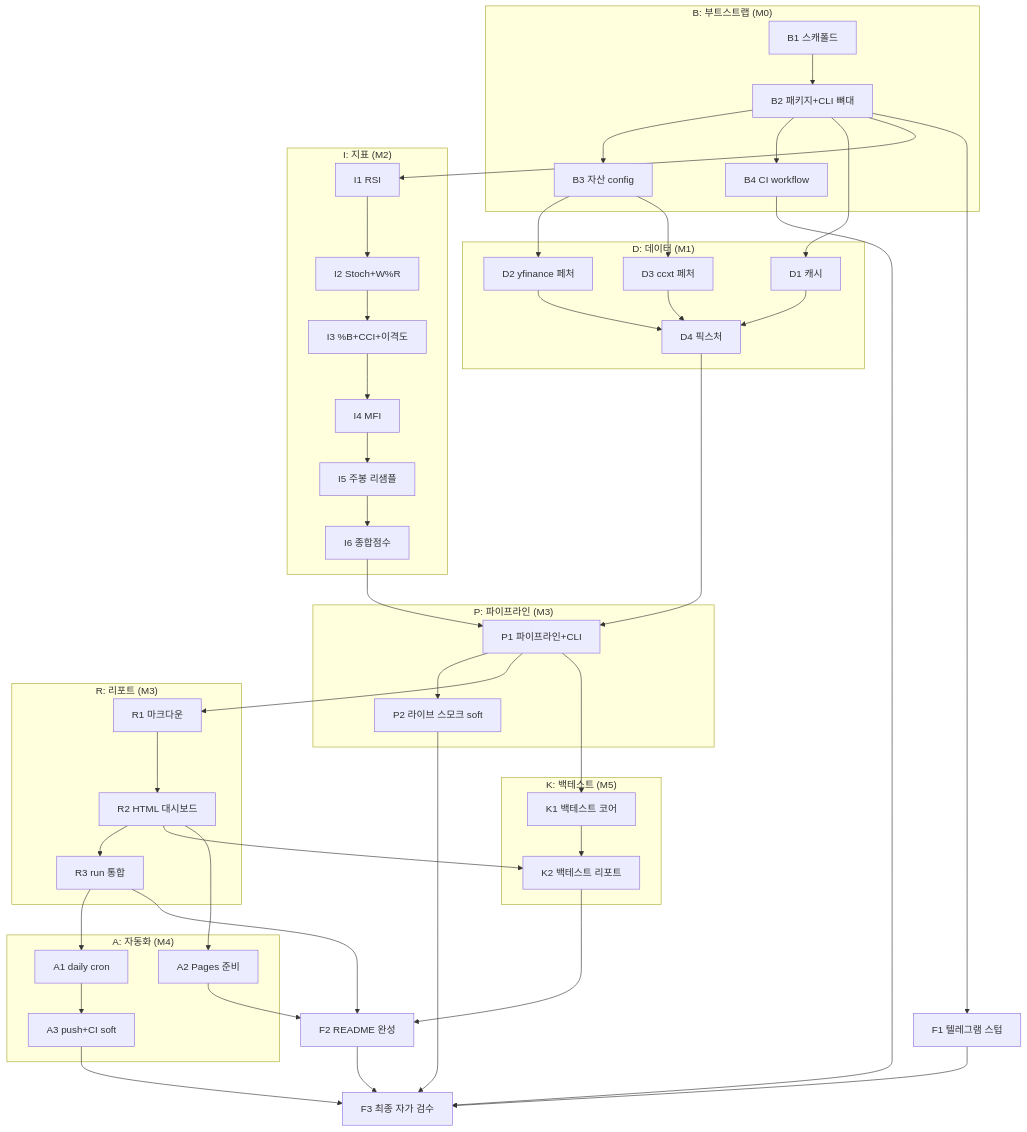
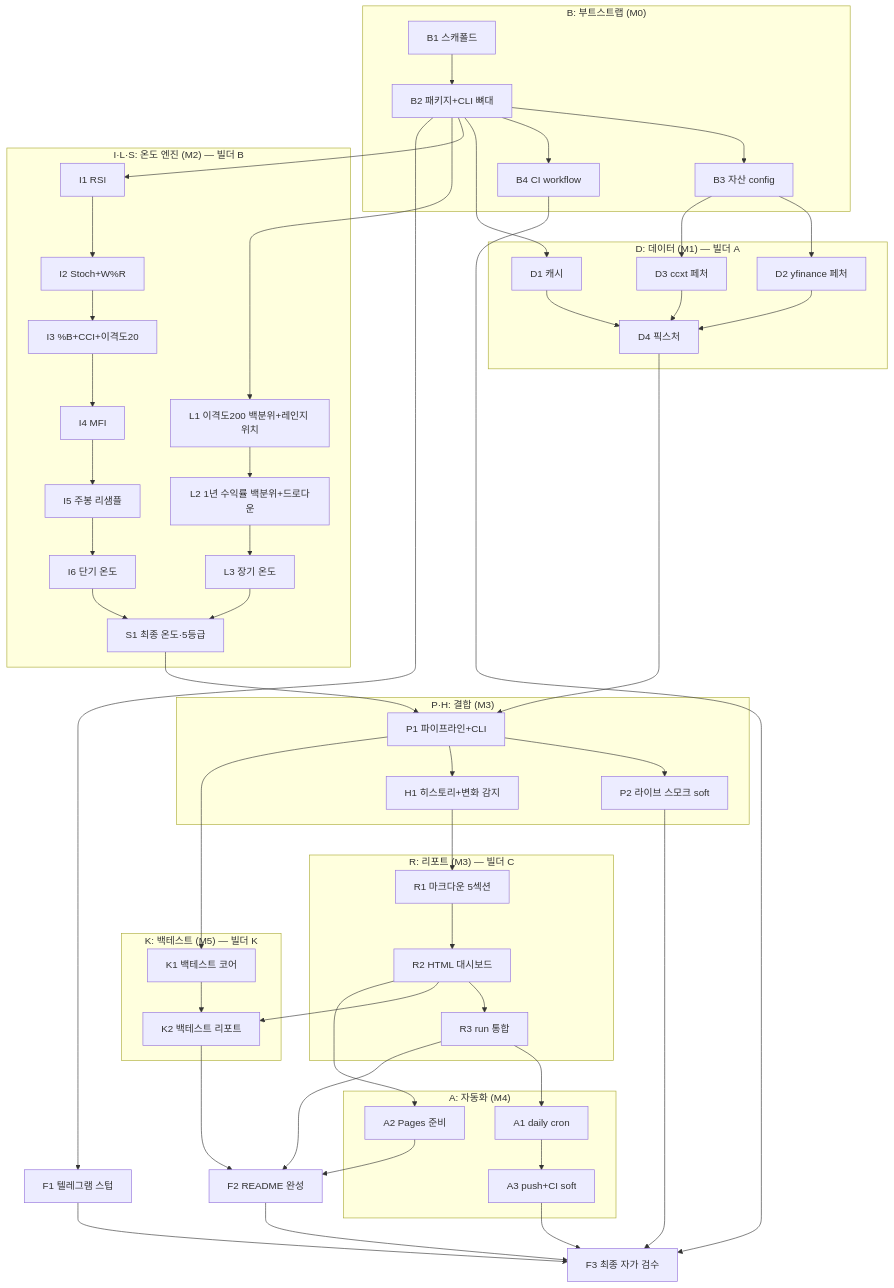
One commit to myungjungcrypto/overbought_oversold_assets changed the diagram in AUTOPILOT.md. Above: the diagram before and after it, drawn with Mermaid. The commit also changed other lines of this file and 1 other file, not shown here.

````diff
--- a/AUTOPILOT.md
+++ b/AUTOPILOT.md
@@ -212,49 +233,54 @@
 ```mermaid
 graph TD
   subgraph B["B: 부트스트랩 (M0)"]
     B1[B1 스캐폴드] --> B2[B2 패키지+CLI 뼈대]
     B2 --> B3[B3 자산 config]
     B2 --> B4[B4 CI workflow]
   end
-  subgraph D["D: 데이터 (M1)"]
+  subgraph D["D: 데이터 (M1) — 빌더 A"]
     D1[D1 캐시] --> D4[D4 픽스처]
     D2[D2 yfinance 페처] --> D4
     D3[D3 ccxt 페처] --> D4
   end
-  subgraph I["I: 지표 (M2)"]
-    I1[I1 RSI] --> I2[I2 Stoch+W%R] --> I3[I3 %B+CCI+이격도] --> I4[I4 MFI] --> I5[I5 주봉 리샘플] --> I6[I6 종합점수]
+  subgraph IL["I·L·S: 온도 엔진 (M2) — 빌더 B"]
+    I1[I1 RSI] --> I2[I2 Stoch+W%R] --> I3[I3 %B+CCI+이격도20] --> I4[I4 MFI] --> I5[I5 주봉 리샘플] --> I6[I6 단기 온도]
+    L1[L1 이격도200 백분위+레인지 위치] --> L2[L2 1년 수익률 백분위+드로다운] --> L3[L3 장기 온도]
+    I6 --> S1[S1 최종 온도·5등급]
+    L3 --> S1
   end
-  subgraph P["P: 파이프라인 (M3)"]
+  subgraph PH["P·H: 결합 (M3)"]
     P1[P1 파이프라인+CLI] --> P2[P2 라이브 스모크 soft]
+    P1 --> H1[H1 히스토리+변화 감지]
   end
-  subgraph R["R: 리포트 (M3)"]
-    R1[R1 마크다운] --> R2[R2 HTML 대시보드] --> R3[R3 run 통합]
+  subgraph R["R: 리포트 (M3) — 빌더 C"]
+    R1[R1 마크다운 5섹션] --> R2[R2 HTML 대시보드] --> R3[R3 run 통합]
   end
   subgraph A["A: 자동화 (M4)"]
     A1[A1 daily cron] --> A3[A3 push+CI soft]
     A2[A2 Pages 준비]
   end
-  subgraph K["K: 백테스트 (M5)"]
+  subgraph K["K: 백테스트 (M5) — 빌더 K"]
     K1[K1 백테스트 코어] --> K2[K2 백테스트 리포트]
   end
   B2 --> D1
   B3 --> D2
   B3 --> D3
   B2 --> I1
+  B2 --> L1
   B2 --> F1[F1 텔레그램 스텁]
   D4 --> P1
-  I6 --> P1
-  P1 --> R1
+  S1 --> P1
+  H1 --> R1
   P1 --> K1
   R2 --> K2
   R2 --> A2
   R3 --> A1
   R3 --> F2[F2 README 완성]
   K2 --> F2
   A2 --> F2
   F2 --> F3[F3 최종 자가 검수]
   A3 --> F3
   P2 --> F3
   F1 --> F3
   B4 --> F3
 ```
````
